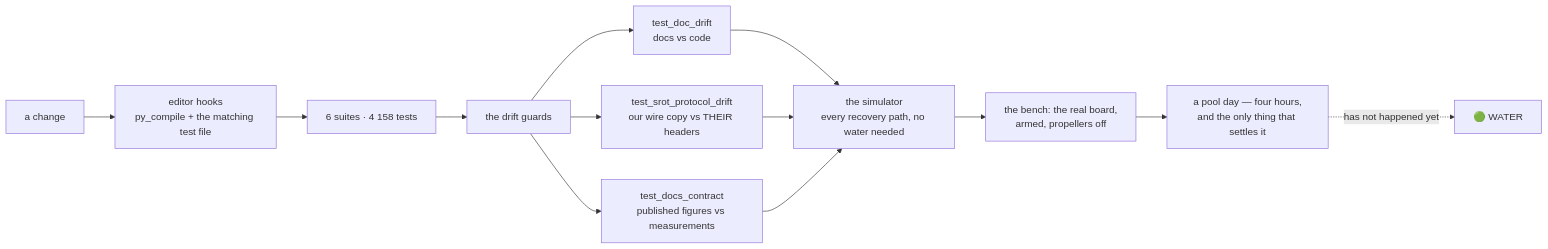
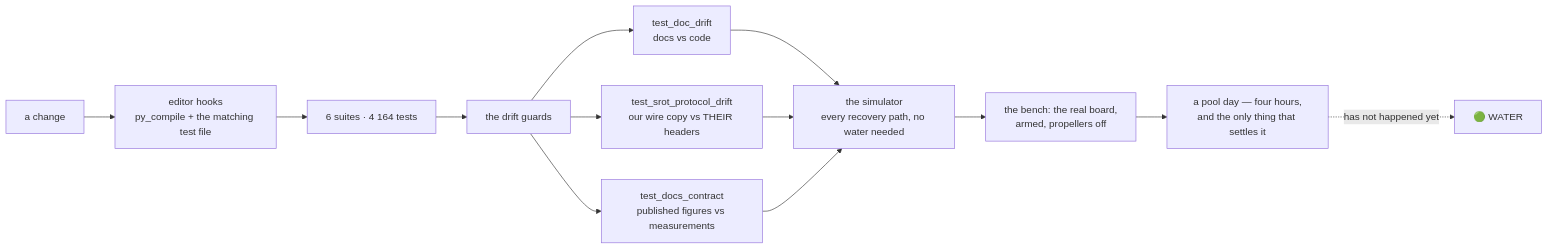
One commit to fh1m/mongla_ws changed the ninth of 10 diagrams in README.md. Above: the diagram before and after it, drawn with Mermaid. The commit also changed other lines of this file and 3 other files, not shown here.

````diff
--- a/README.md
+++ b/README.md
@@ -752,15 +752,15 @@
 ```mermaid
 flowchart LR
     DEV["a change"] --> HOOK["editor hooks<br/>py_compile + the matching test file"]
-    HOOK --> UNIT["6 suites · 4 158 tests"]
+    HOOK --> UNIT["6 suites · 4 164 tests"]
     UNIT --> GUARD["the drift guards"]
     GUARD --> G1["test_doc_drift<br/>docs vs code"]
     GUARD --> G2["test_srot_protocol_drift<br/>our wire copy vs THEIR headers"]
     GUARD --> G3["test_docs_contract<br/>published figures vs measurements"]
     G1 --> SIM["the simulator<br/>every recovery path, no water needed"]
     G2 --> SIM
     G3 --> SIM
     SIM --> BENCH["the bench: the real board,<br/>armed, propellers off"]
     BENCH --> POOL["a pool day — four hours,<br/>and the only thing that settles it"]
     POOL -.->|"has not happened yet"| WATER["🟢 WATER"]
 ```
````
